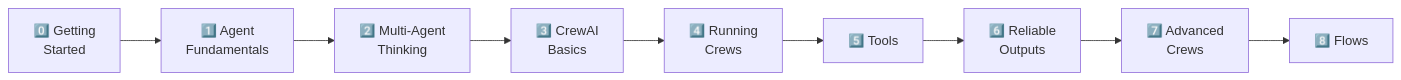
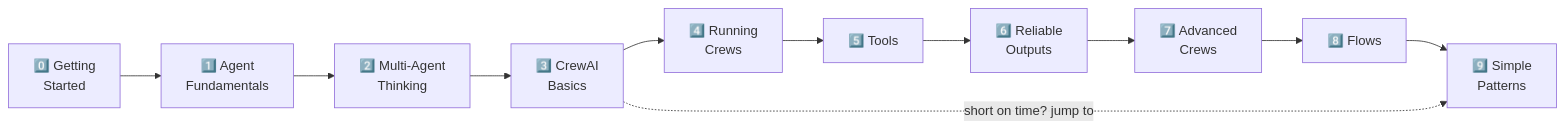
The second of 3 diagrams in README.md (venkata-bcs/crew-ai-masterclass), drawn with Mermaid before and after one commit. The commit also changed other lines of this file and 11 other files, not shown here.

````diff
--- a/README.md
+++ b/README.md
@@ -38,5 +38,6 @@
 ```mermaid
 flowchart LR
     M0["0️⃣ Getting<br/>Started"] --> M1["1️⃣ Agent<br/>Fundamentals"] --> M2["2️⃣ Multi-Agent<br/>Thinking"] --> M3["3️⃣ CrewAI<br/>Basics"] --> M4["4️⃣ Running<br/>Crews"]
-    M4 --> M5["5️⃣ Tools"] --> M6["6️⃣ Reliable<br/>Outputs"] --> M7["7️⃣ Advanced<br/>Crews"] --> M8["8️⃣ Flows"]
+    M4 --> M5["5️⃣ Tools"] --> M6["6️⃣ Reliable<br/>Outputs"] --> M7["7️⃣ Advanced<br/>Crews"] --> M8["8️⃣ Flows"] --> M9["9️⃣ Simple<br/>Patterns"]
+    M3 -. "short on time? jump to" .-> M9
 ```
````
